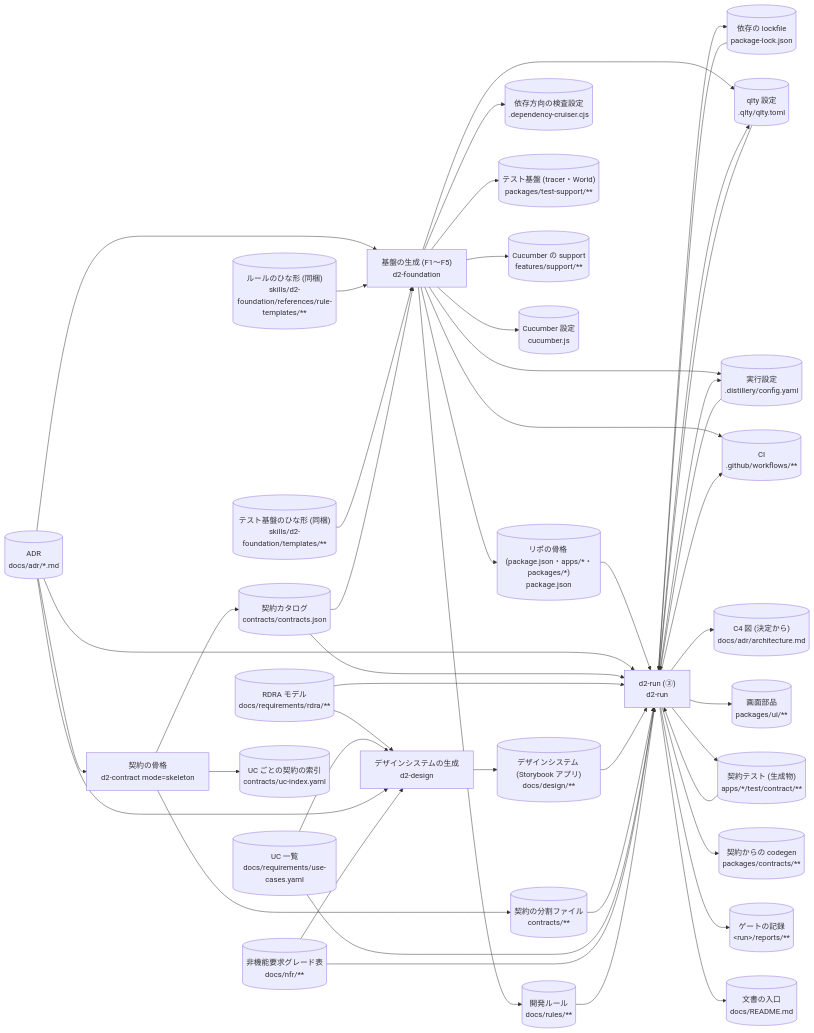
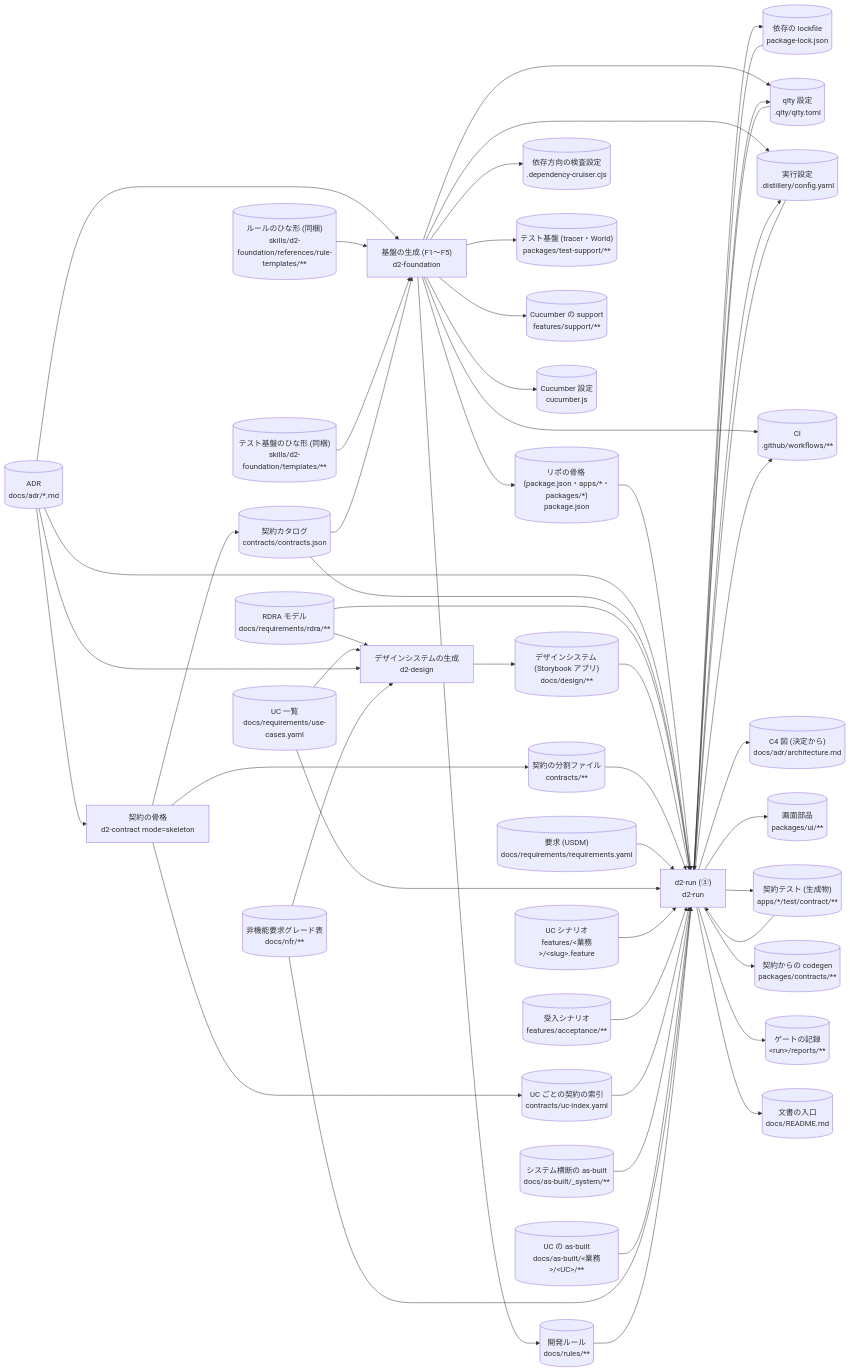
Before and after one commit to suwa-sh/suwa-sh-claude-plugins: the fourth of 12 diagrams in plugins/distillery2/skills/d2-common/references/dataflow.md, drawn with Mermaid. The commit also changed other lines of this file and 2 other files, not shown here.

First line of the commit message:
fix(distillery2): d2-run のスクリプトの入出力を実装に合わせ、要約役の許可範囲を index.md に絞って照合する

```diff
--- a/plugins/distillery2/skills/d2-common/references/dataflow.md
+++ b/plugins/distillery2/skills/d2-common/references/dataflow.md
@@ -282,6 +320,7 @@
 flowchart LR
   s_rule_templates[("ルールのひな形 (同梱)<br/>skills/d2-foundation/references/rule-templates/**")]
   s_support_templates[("テスト基盤のひな形 (同梱)<br/>skills/d2-foundation/templates/**")]
+  s_req_usdm[("要求 (USDM)<br/>docs/requirements/requirements.yaml")]
   s_req_rdra[("RDRA モデル<br/>docs/requirements/rdra/**")]
   s_use_cases[("UC 一覧<br/>docs/requirements/use-cases.yaml")]
   s_nfr[("非機能要求グレード表<br/>docs/nfr/**")]
@@ -304,7 +343,11 @@
   s_contracts_code[("契約からの codegen<br/>packages/contracts/**")]
   s_design[("デザインシステム (Storybook アプリ)<br/>docs/design/**")]
   s_ui[("画面部品<br/>packages/ui/**")]
+  s_feature[("UC シナリオ<br/>features/#lt;業務#gt;/#lt;slug#gt;.feature")]
+  s_acceptance[("受入シナリオ<br/>features/acceptance/**")]
   s_reports[("ゲートの記録<br/>#lt;run#gt;/reports/**")]
+  s_asbuilt_uc[("UC の as-built<br/>docs/as-built/#lt;業務#gt;/#lt;UC#gt;/**")]
+  s_asbuilt_system[("システム横断の as-built<br/>docs/as-built/_system/**")]
   s_docs_readme[("文書の入口<br/>docs/README.md")]
   p_foundation["基盤の生成 (F1〜F5)<br/>d2-foundation"]
   p_contract_skeleton["契約の骨格<br/>d2-contract mode=skeleton"]
@@ -342,7 +385,13 @@
   s_design --> p_run_foundation
   s_contracts_src --> p_run_foundation
   s_contract_tests --> p_run_foundation
+  s_req_usdm --> p_run_foundation
   s_use_cases --> p_run_foundation
+  s_feature --> p_run_foundation
+  s_acceptance --> p_run_foundation
+  s_uc_index --> p_run_foundation
+  s_asbuilt_system --> p_run_foundation
+  s_asbuilt_uc --> p_run_foundation
   s_nfr --> p_run_foundation
   s_rules --> p_run_foundation
   p_run_foundation --> s_lockfile
```
